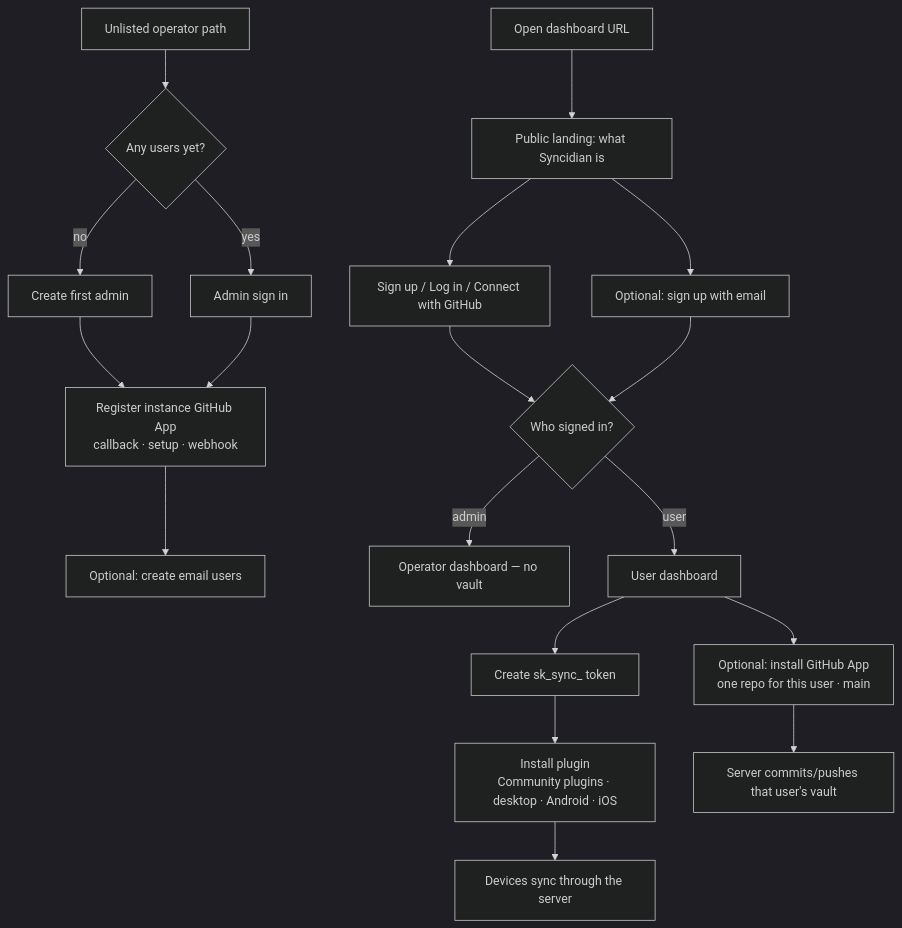
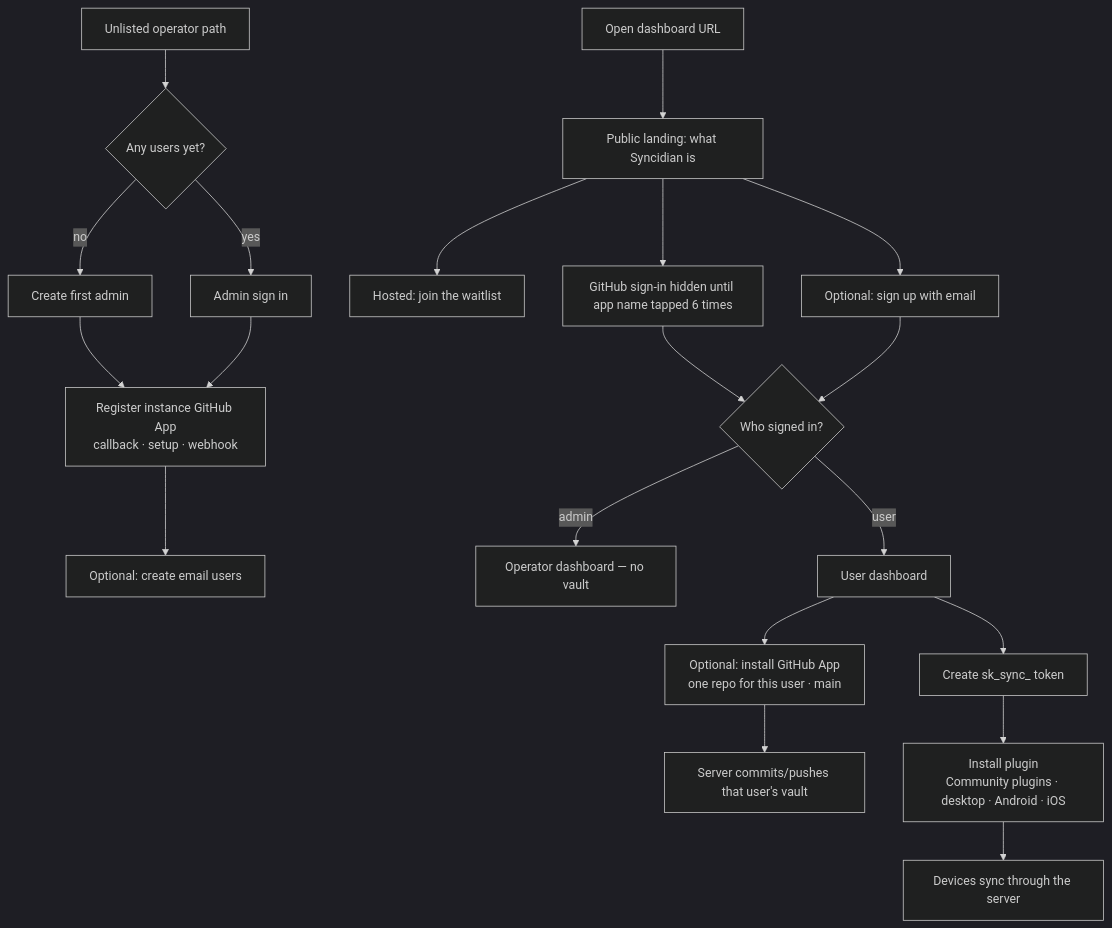
The second of 7 diagrams in README.md (shangeethsivan/Syncidian), drawn with Mermaid (dark theme) before and after one commit. The commit also changed other lines of this file and 17 other files, not shown here.

First line of the commit message:
Hide hosted GitHub sign-in behind a six-tap reveal and email allowlist.

````diff
--- a/README.md
+++ b/README.md
@@ -235,22 +235,23 @@
 ```mermaid
 flowchart TD
   Open["Open dashboard URL"] --> Land["Public landing: what Syncidian is"]
-  Land --> GHSign["Sign up / Log in / Connect with GitHub"]
+  Land --> Wait["Hosted: join the waitlist"]
+  Land --> GHSign["GitHub sign-in hidden until app name tapped 6 times"]
   Land --> Email["Optional: sign up with email"]
   Ops["Unlisted operator path"] --> First{"Any users yet?"}
   First -->|no| Admin["Create first admin"]
   First -->|yes| AdminLogin["Admin sign in"]
   Admin --> App["Register instance GitHub App<br/>callback · setup · webhook"]
   AdminLogin --> App
   App --> Users["Optional: create email users"]
 
   GHSign --> Role{"Who signed in?"}
   Email --> Role
   Role -->|admin| AdminHome["Operator dashboard — no vault"]
   Role -->|user| UserHome["User dashboard"]
   UserHome --> Repo["Optional: install GitHub App<br/>one repo for this user · main"]
   UserHome --> Tok["Create sk_sync_ token"]
   Tok --> Plug["Install plugin<br/>Community plugins · desktop · Android · iOS"]
   Plug --> Sync["Devices sync through the server"]
   Repo --> Backup["Server commits/pushes that user's vault"]
 ```
````
